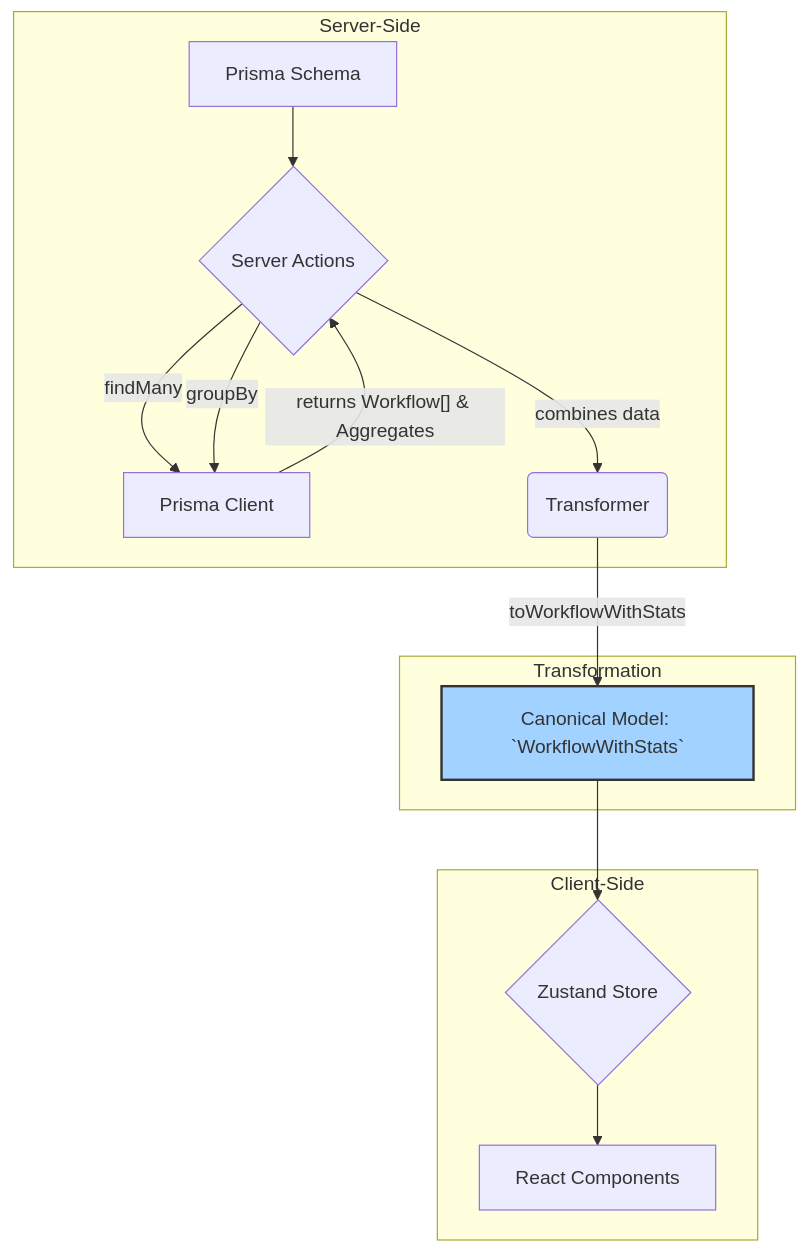
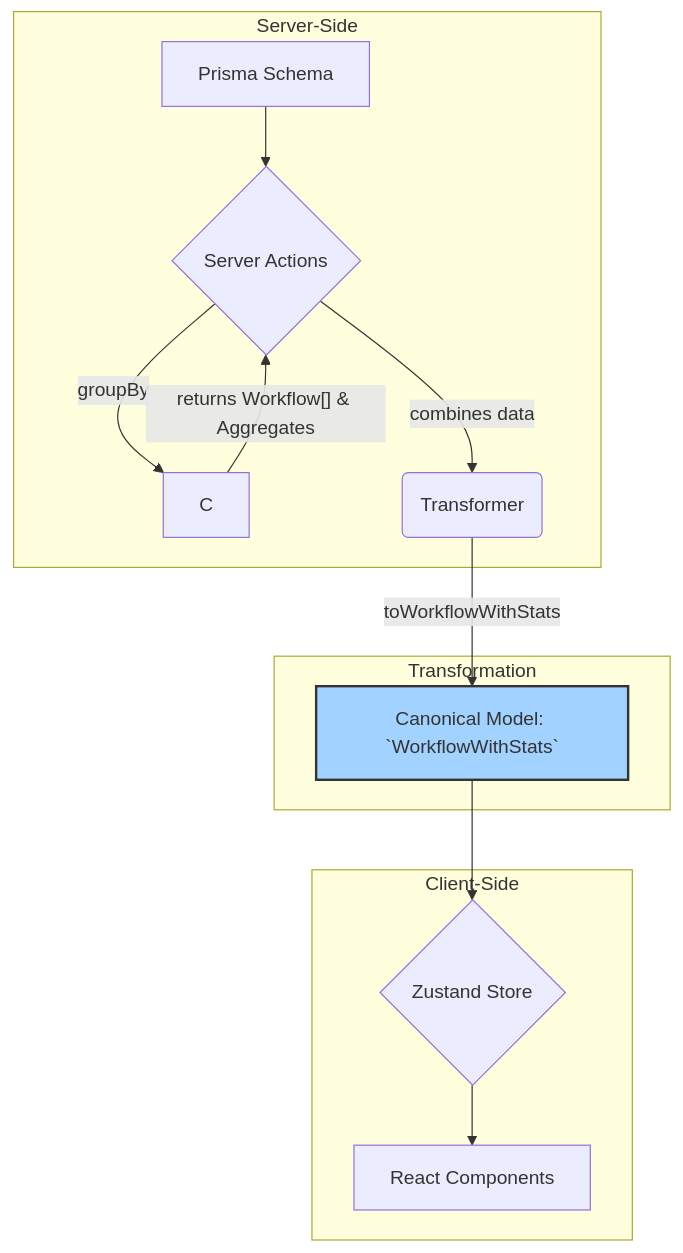
The diagram in src/types/entities/workflow/documentation.md (gvastethecreator/media-manager), drawn with Mermaid before and after one commit. The commit also changed 176 other files, not shown here.

````diff
--- a/src/types/entities/workflow/documentation.md
+++ b/src/types/entities/workflow/documentation.md
@@ -60,21 +60,21 @@
 ```mermaid
 graph TD
     subgraph "Server-Side"
         A[Prisma Schema] --> B{Server Actions};
-        B -- "findMany<Workflow>" --> C[Prisma Client];
+        
         B -- "groupBy<WorkflowExecution>" --> C;
         C -- "returns Workflow[] & Aggregates" --> B;
         B -- "combines data" --> D(Transformer);
     end
 
     subgraph "Transformation"
         D -- "`toWorkflowWithStats`" --> E[Canonical Model: `WorkflowWithStats`];
     end
 
     subgraph "Client-Side"
         E --> F{Zustand Store};
         F --> G[React Components];
     end
 
     style E fill:#a2d2ff,stroke:#333,stroke-width:2px
 ```
````
